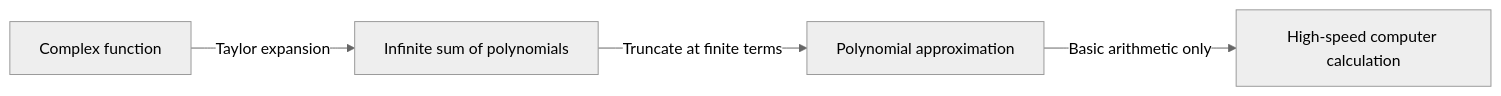
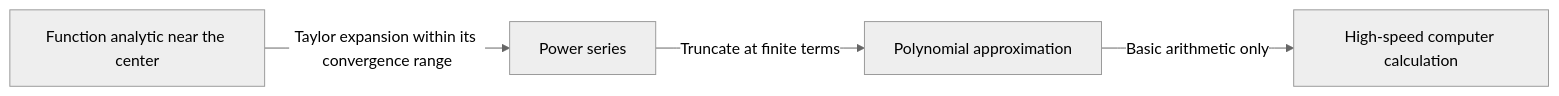
One commit to kenjinote/blog changed the diagram in content/post/taylor-and-maclaurin-series/index.en.md. Above: the diagram before and after it, drawn with Mermaid (neutral theme). The commit also changed other lines of this file and 8 other files, not shown here.

Commit message:
Proofread five Taylor-series translations and record verified evidence

````diff
--- a/content/post/taylor-and-maclaurin-series/index.en.md
+++ b/content/post/taylor-and-maclaurin-series/index.en.md
@@ -25,6 +26,6 @@
 ```mermaid
 flowchart LR
-    A["Complex function"] -->|"Taylor expansion"| B["Infinite sum of polynomials"]
+    A["Function analytic near the center"] -->|"Taylor expansion within its convergence range"| B["Power series"]
     B -->|"Truncate at finite terms"| C["Polynomial approximation"]
     C -->|"Basic arithmetic only"| D["High-speed computer calculation"]
 ```
````
